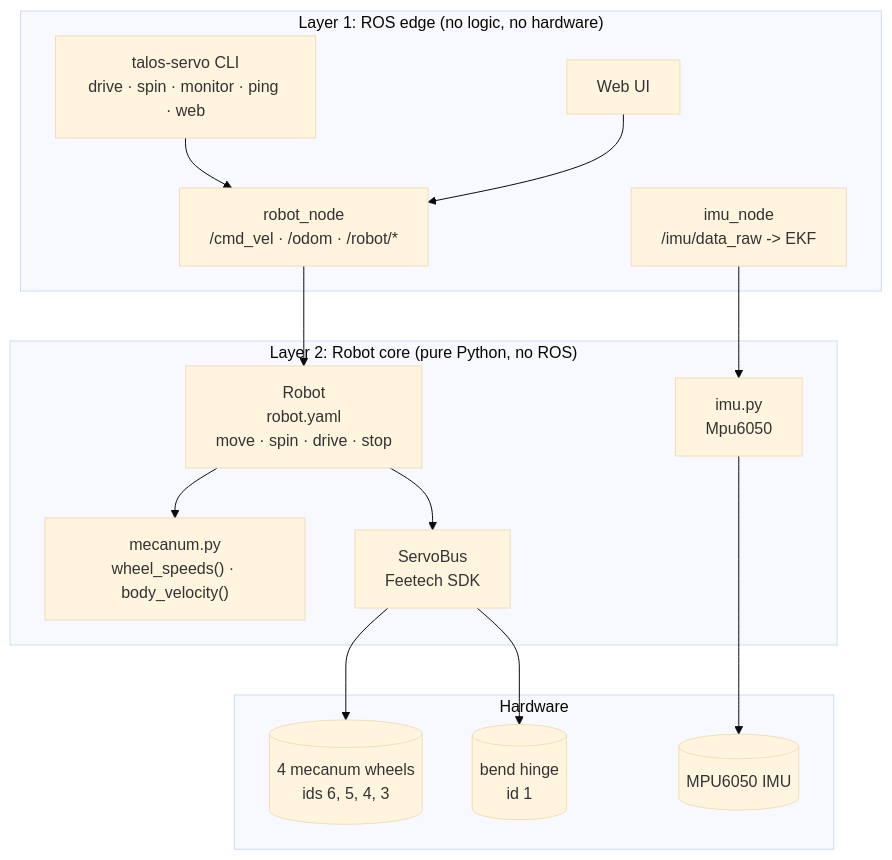
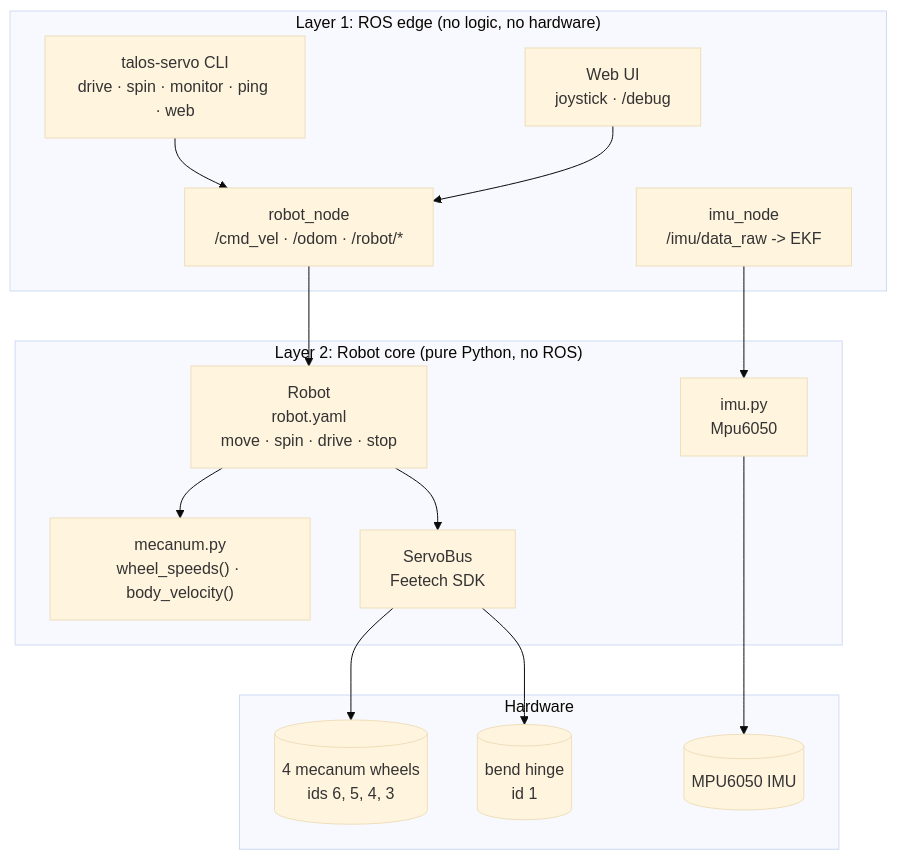
The first of 3 diagrams in README.md (Annnnya/talos_hack), drawn with Mermaid (base theme) before and after one commit. The commit also changed other lines of this file, not shown here.

Commit message:
docs: describe the joystick page and keyboard keys in the readme (#124)

````diff
--- a/README.md
+++ b/README.md
@@ -13,29 +13,29 @@
 ```mermaid
 flowchart TB
     subgraph EDGE["Layer 1: ROS edge (no logic, no hardware)"]
         CLI["talos-servo CLI<br/>drive · spin · monitor · ping · web"]
-        UI["Web UI"]
+        UI["Web UI<br/>joystick · /debug"]
         NODE["robot_node<br/>/cmd_vel · /odom · /robot/*"]
         IMUN["imu_node<br/>/imu/data_raw -> EKF"]
     end
     subgraph CORE["Layer 2: Robot core (pure Python, no ROS)"]
         ROBOT["Robot<br/>robot.yaml<br/>move · spin · drive · stop"]
         KIN["mecanum.py<br/>wheel_speeds() · body_velocity()"]
         BUS["ServoBus<br/>Feetech SDK"]
         IMUD["imu.py<br/>Mpu6050"]
     end
     subgraph HW["Hardware"]
         WHEELS[("4 mecanum wheels<br/>ids 6, 5, 4, 3")]
         BEND[("bend hinge<br/>id 1")]
         MPU[("MPU6050 IMU")]
     end
 
     CLI & UI --> NODE
     NODE --> ROBOT
     ROBOT --> KIN
     ROBOT --> BUS
     IMUN --> IMUD
     BUS --> WHEELS
     BUS --> BEND
     IMUD --> MPU
 ```
````
